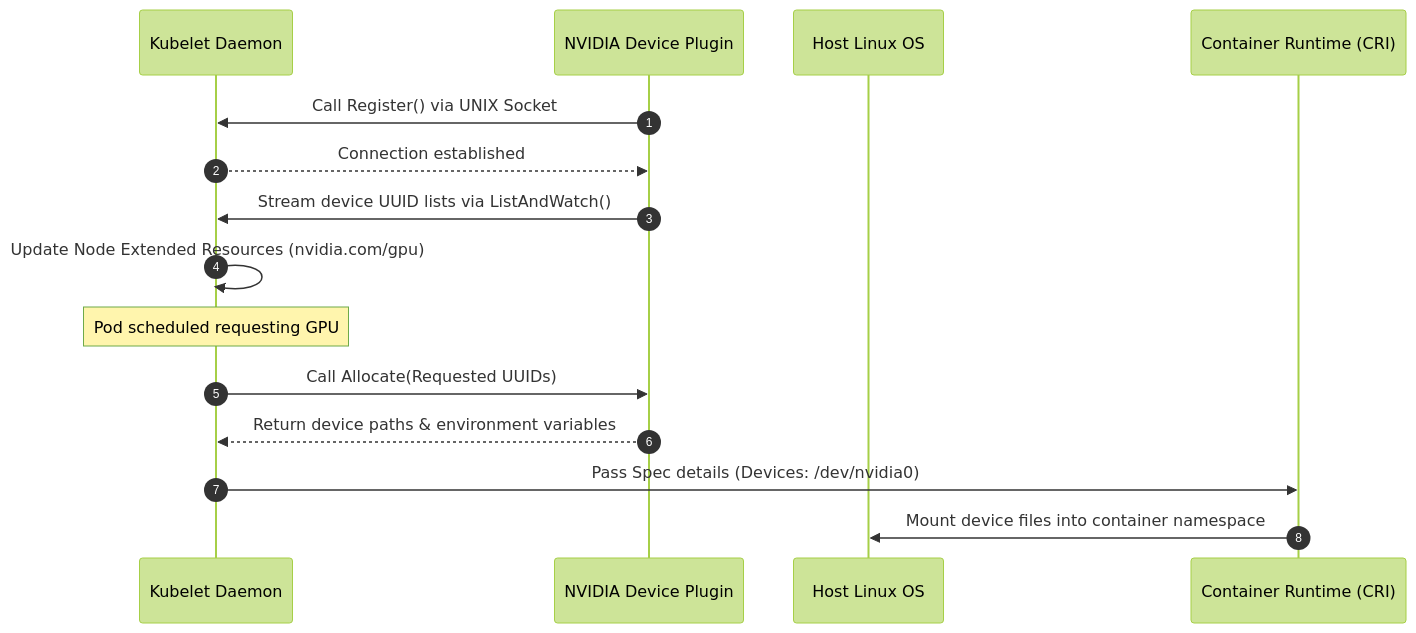
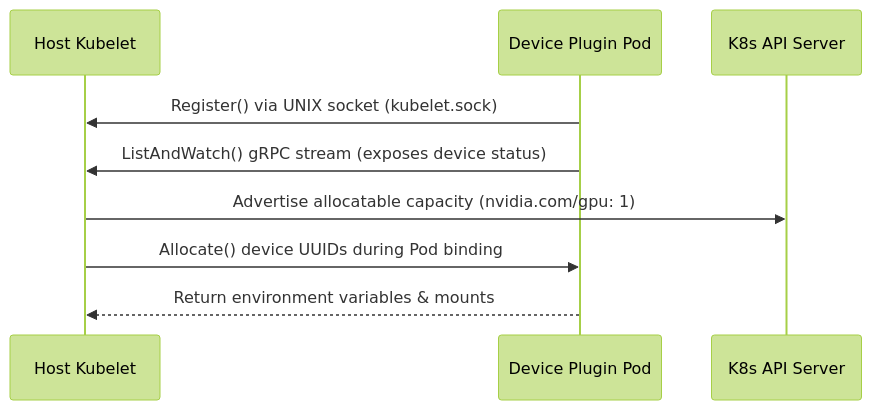
The diagram in docs/labs/03-device-plugin.md (ok-karthik/ai-infrastructure-on-eks), drawn with Mermaid (forest theme) before and after one commit. The commit also changed other lines of this file and 17 other files, not shown here.

````diff
--- a/docs/labs/03-device-plugin.md
+++ b/docs/labs/03-device-plugin.md
@@ -10,18 +10,12 @@
 ```mermaid
 sequenceDiagram
-    autonumber
-    participant Kubelet as Kubelet Daemon
-    participant Plugin as NVIDIA Device Plugin
-    participant Host as Host Linux OS
-    participant CR as Container Runtime (CRI)
-
-    Plugin->>Kubelet: Call Register() via UNIX Socket
-    Kubelet-->>Plugin: Connection established
-    Plugin->>Kubelet: Stream device UUID lists via ListAndWatch()
-    Kubelet->>Kubelet: Update Node Extended Resources (nvidia.com/gpu)
-    Note over Kubelet: Pod scheduled requesting GPU
-    Kubelet->>Plugin: Call Allocate(Requested UUIDs)
-    Plugin-->>Kubelet: Return device paths & environment variables
-    Kubelet->>CR: Pass Spec details (Devices: /dev/nvidia0)
-    CR->>Host: Mount device files into container namespace
+    participant Kubelet as Host Kubelet
+    participant plugin as Device Plugin Pod
+    participant API as K8s API Server
+    
+    plugin->>Kubelet: Register() via UNIX socket (kubelet.sock)
+    plugin->>Kubelet: ListAndWatch() gRPC stream (exposes device status)
+    Kubelet->>API: Advertise allocatable capacity (nvidia.com/gpu: 1)
+    Kubelet->>plugin: Allocate() device UUIDs during Pod binding
+    plugin-->>Kubelet: Return environment variables & mounts
 ```
````
